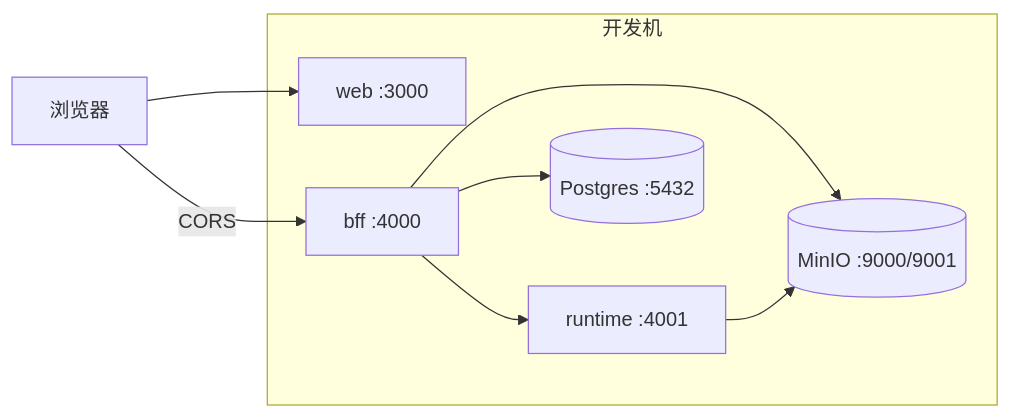
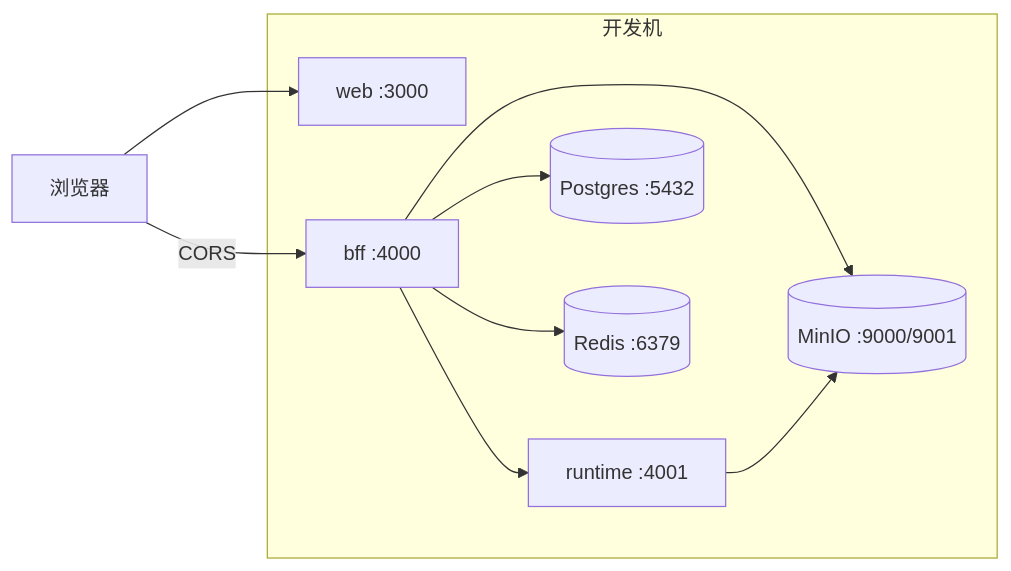
The first of 2 diagrams in docs/deploy/06-deployment.md (sylarjyd/work_sylar), drawn with Mermaid before and after one commit. The commit also changed other lines of this file and 2 other files, not shown here.

Commit message:
docs(m5a): 同步文档头与拓扑中的 Redis
开发计划与开发指南的头部元数据统一到 M5a / 2026-10-19；部署文档的本地拓扑与 db:up 说明补上 Redis，与 compose 中的 redis:7.4-alpine 保持一致，避免读者误以为限流不依赖额外组件。

````diff
--- a/docs/deploy/06-deployment.md
+++ b/docs/deploy/06-deployment.md
@@ -16,16 +16,18 @@
 ```mermaid
 flowchart LR
     subgraph Dev["开发机"]
         WEB["web :3000"]
         BFF["bff :4000"]
         RT["runtime :4001"]
         PG[("Postgres :5432")]
         S3[("MinIO :9000/9001")]
+        RD[("Redis :6379")]
     end
     Browser["浏览器"] --> WEB
     Browser -->|CORS| BFF
     BFF --> RT
     BFF --> PG
     BFF --> S3
+    BFF --> RD
     RT --> S3
 ```
````
